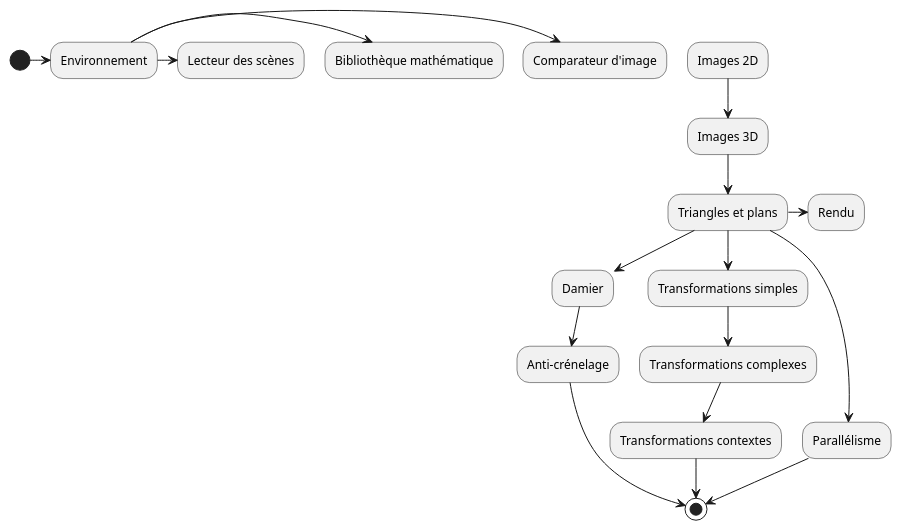
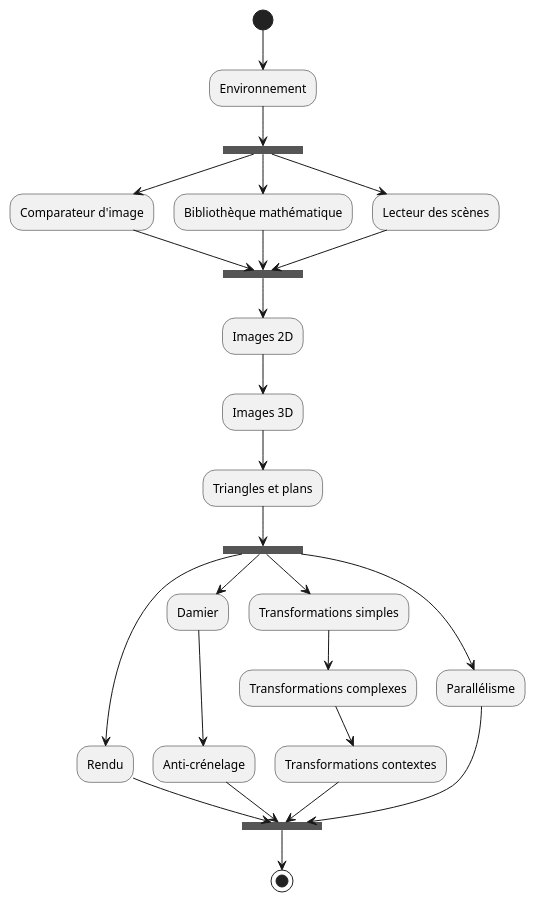
The second of 2 diagrams in README.md (EnzoNli/Lanceur-de-rayons), drawn with PlantUML before and after one commit. The commit also changed other lines of this file, not shown here.

Commit message:
MAJ diagramme

````diff
--- a/README.md
+++ b/README.md
@@ -26,18 +29,26 @@
 ```plantuml
-(*) -right-> "Environnement"
-"Environnement" -right-> "Comparateur d'image"
-"Environnement" -right-> "Bibliothèque mathématique"
-"Environnement" -right-> "Lecteur des scènes"
+(*) --> "Environnement"
+"Environnement" --> ===B1===
+===B1=== --> "Comparateur d'image"
+===B1=== --> "Bibliothèque mathématique"
+===B1=== --> "Lecteur des scènes"
+"Comparateur d'image" --> ===B2===
+"Bibliothèque mathématique" --> ===B2===
+"Lecteur des scènes" --> ===B2===
+===B2=== --> "Images 2D"
 "Images 2D" --> "Images 3D"
 "Images 3D" --> "Triangles et plans"
-"Triangles et plans" -right-> "Rendu"
-"Triangles et plans" --> "Damier"
+"Triangles et plans" --> ===B3===
+===B3=== --> "Rendu"
+===B3=== --> "Damier"
 "Damier" --> "Anti-crénelage"
-"Triangles et plans" --> "Transformations simples"
+===B3=== --> "Transformations simples"
 "Transformations simples" --> "Transformations complexes"
 "Transformations complexes" --> "Transformations contextes"
-"Triangles et plans" --> "Parallélisme"
-"Parallélisme" --> (*)
-"Transformations contextes" --> (*)
-"Anti-crénelage" --> (*)
+===B3=== --> "Parallélisme"
+"Parallélisme" --> ===B4===
+"Transformations contextes" --> ===B4===
+"Anti-crénelage" --> ===B4===
+"Rendu" --> ===B4===
+===B4=== --> (*)
 ```
````
